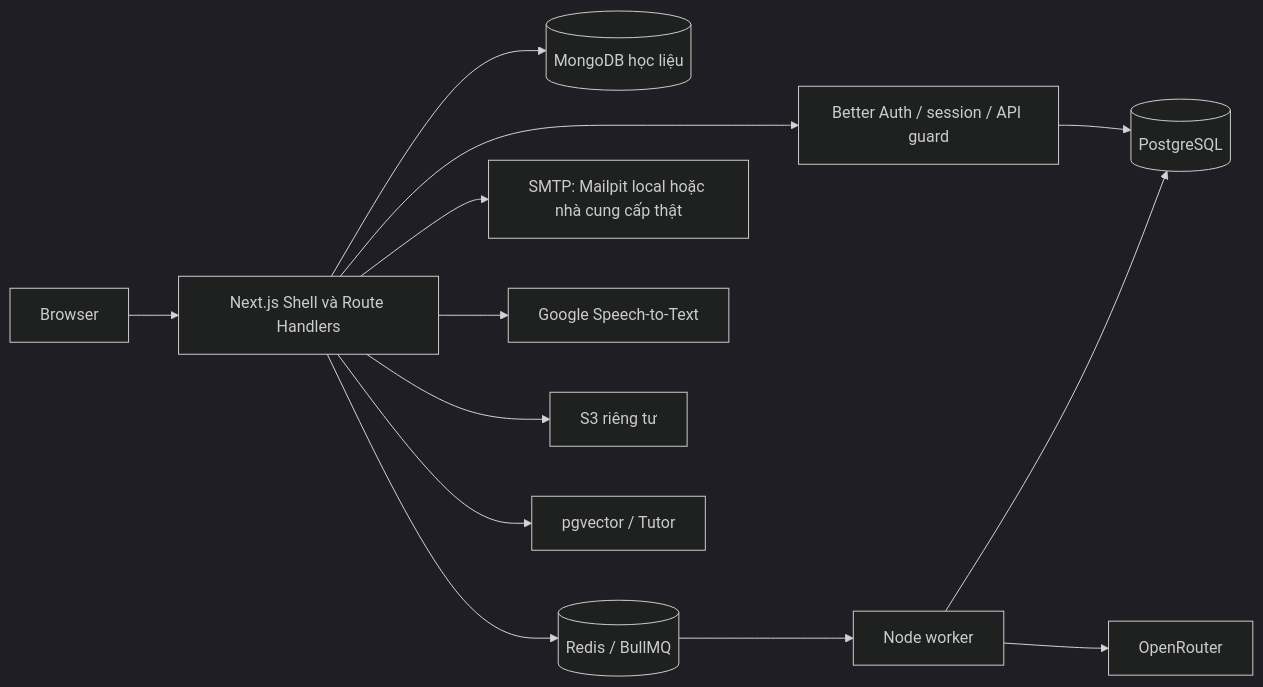
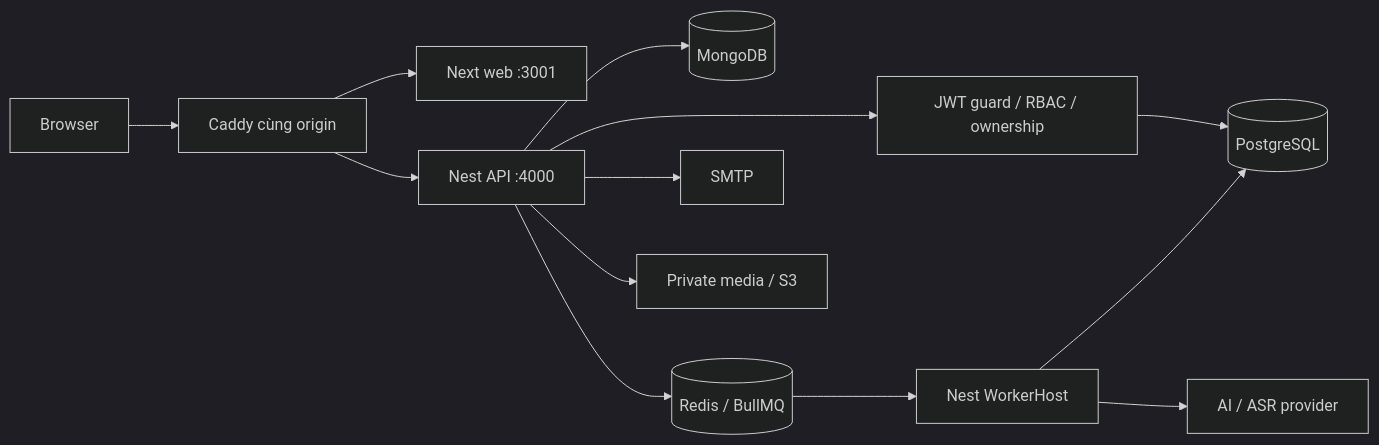
Before and after one commit to espresso23/everlang: the diagram in documentation/shared/architecture.md, drawn with Mermaid (dark theme). The commit also changed other lines of this file and 395 other files, not shown here.

Commit message:
feat: migrate backend to NestJS with rotating JWT sessions

````diff
--- a/documentation/shared/architecture.md
+++ b/documentation/shared/architecture.md
@@ -5,15 +5,15 @@
 ```mermaid
 flowchart LR
-  Browser --> Next[Next.js Shell và Route Handlers]
-  Next --> Auth[Better Auth / session / API guard]
-  Auth --> PG[(PostgreSQL)]
-  Next --> Mongo[(MongoDB học liệu)]
-  Next --> Redis[(Redis / BullMQ)]
-  Redis --> Worker[Node worker]
-  Worker --> AI[OpenRouter]
-  Worker --> PG
-  Next --> SMTP[SMTP: Mailpit local hoặc nhà cung cấp thật]
-  Next --> Speech[Google Speech-to-Text]
-  Next --> S3[S3 riêng tư]
-  Next --> Vector[pgvector / Tutor]
+ Browser --> Gateway[Caddy cùng origin]
+ Gateway --> Web[Next web :3001]
+ Gateway --> API[Nest API :4000]
+ API --> Guard[JWT guard / RBAC / ownership]
+ Guard --> PG[(PostgreSQL)]
+ API --> Mongo[(MongoDB)]
+ API --> Redis[(Redis / BullMQ)]
+ Redis --> Worker[Nest WorkerHost]
+ Worker --> PG
+ Worker --> Provider[AI / ASR provider]
+ API --> SMTP[SMTP]
+ API --> Storage[Private media / S3]
 ```
````
